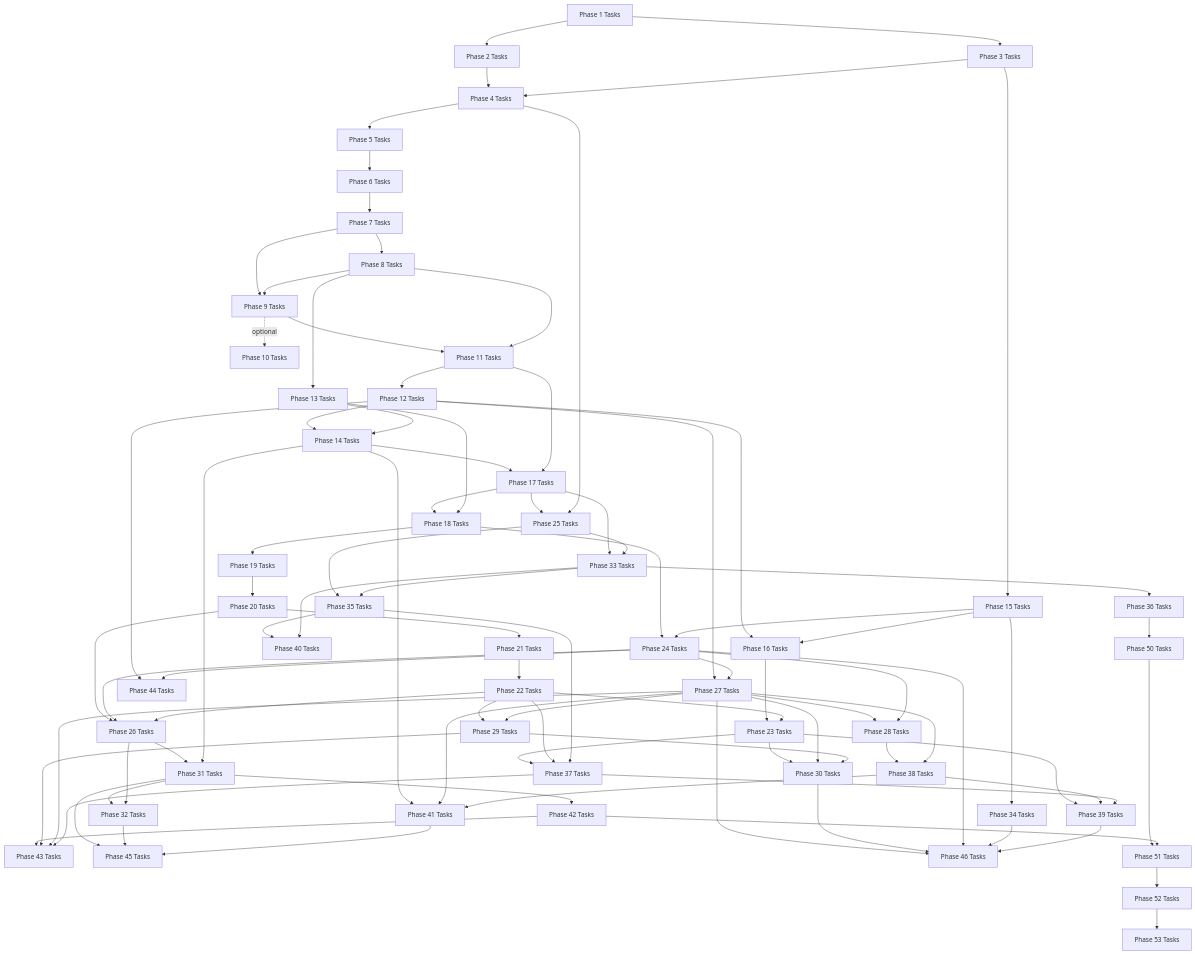
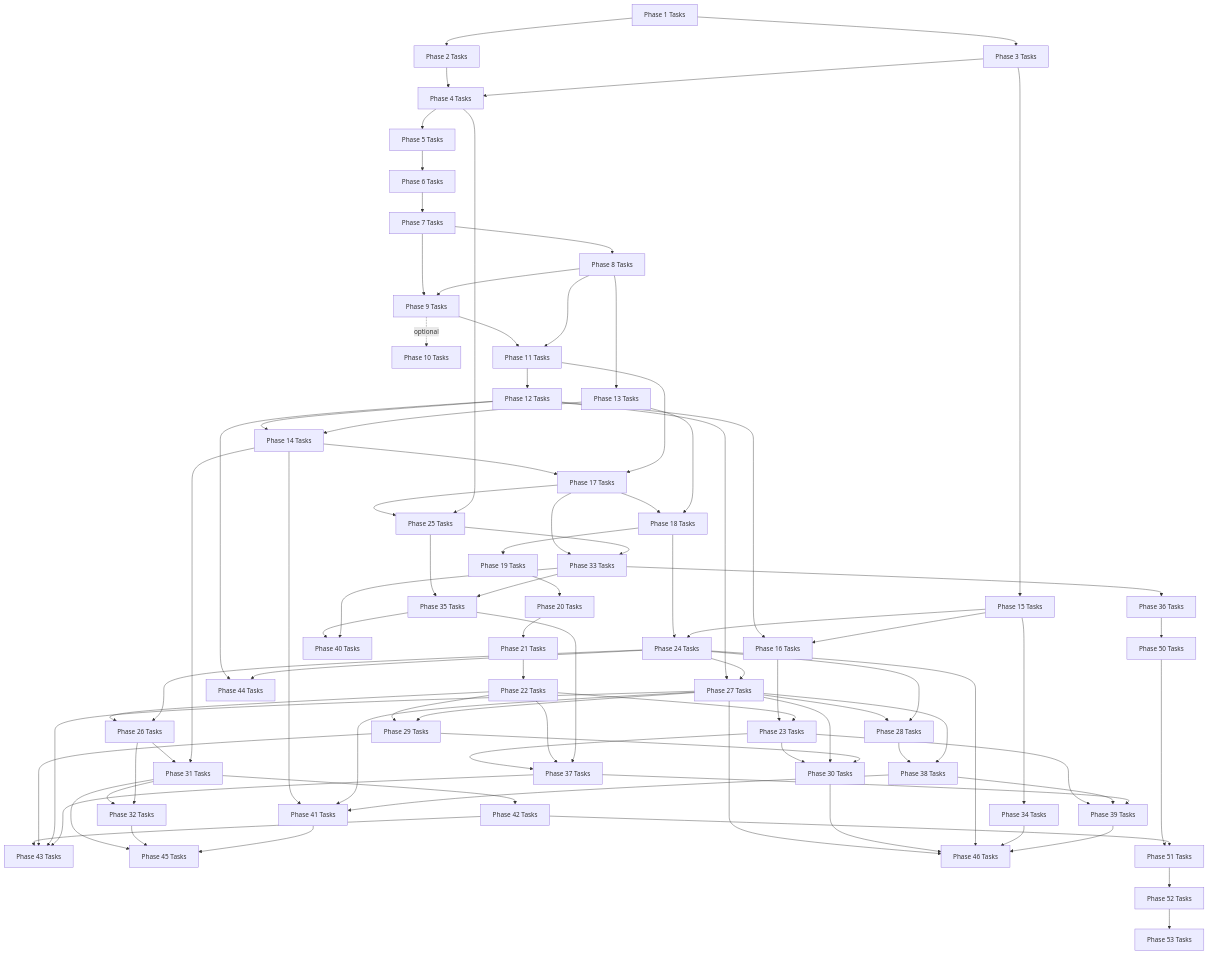
The diagram in docs/roadmap/tasks/README.md (mikecubed/m3OS), drawn with Mermaid before and after one commit. The commit also changed other lines of this file and 59 other files, not shown here.

First line of the commit message:
docs: standardize roadmap task docs for phases 30-34 (#64)

```diff
--- a/docs/roadmap/tasks/README.md
+++ b/docs/roadmap/tasks/README.md
@@ -68,11 +68,10 @@
     P15 --> P24
     P17 --> P25["Phase 25 Tasks"]
     P4 --> P25
-    P20 --> P26["Phase 26 Tasks"]
-    P24 --> P26
 
     %% Productivity phases
-    P22 --> P26
+    P22 --> P26["Phase 26 Tasks"]
+    P24 --> P26
     P12 --> P27["Phase 27 Tasks"]
     P24 --> P27
     P27 --> P28["Phase 28 Tasks"]
```
